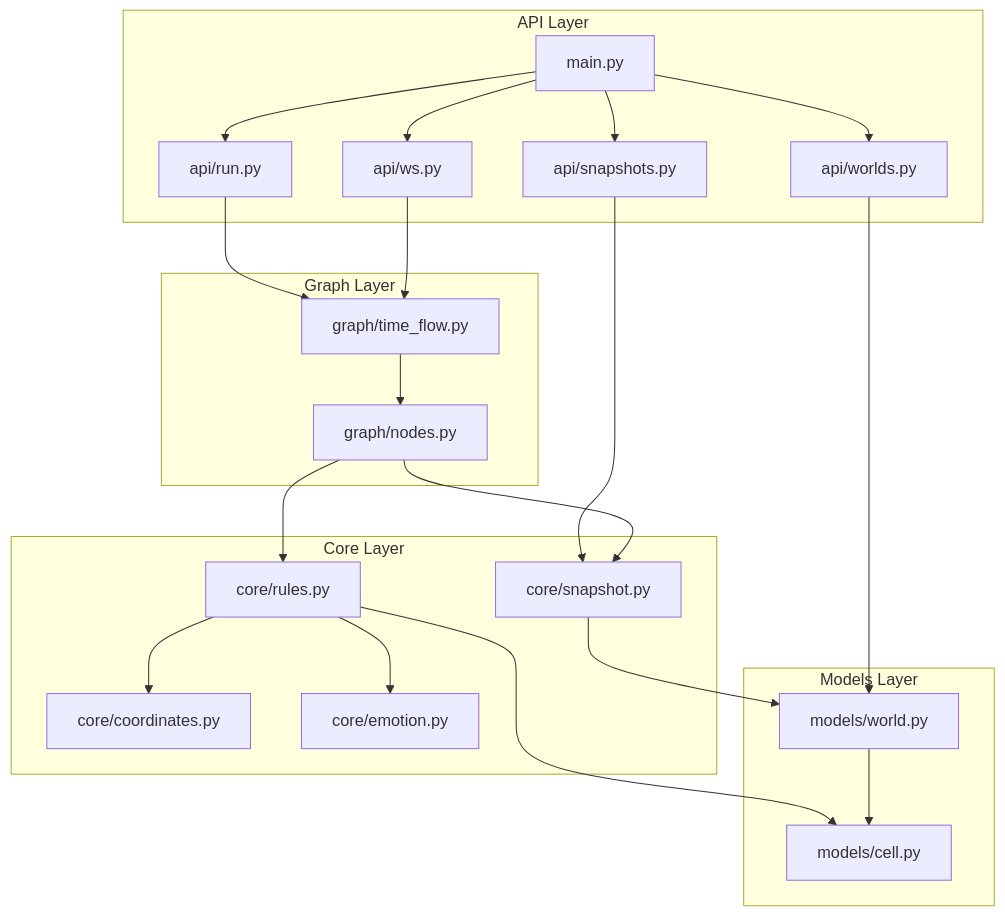
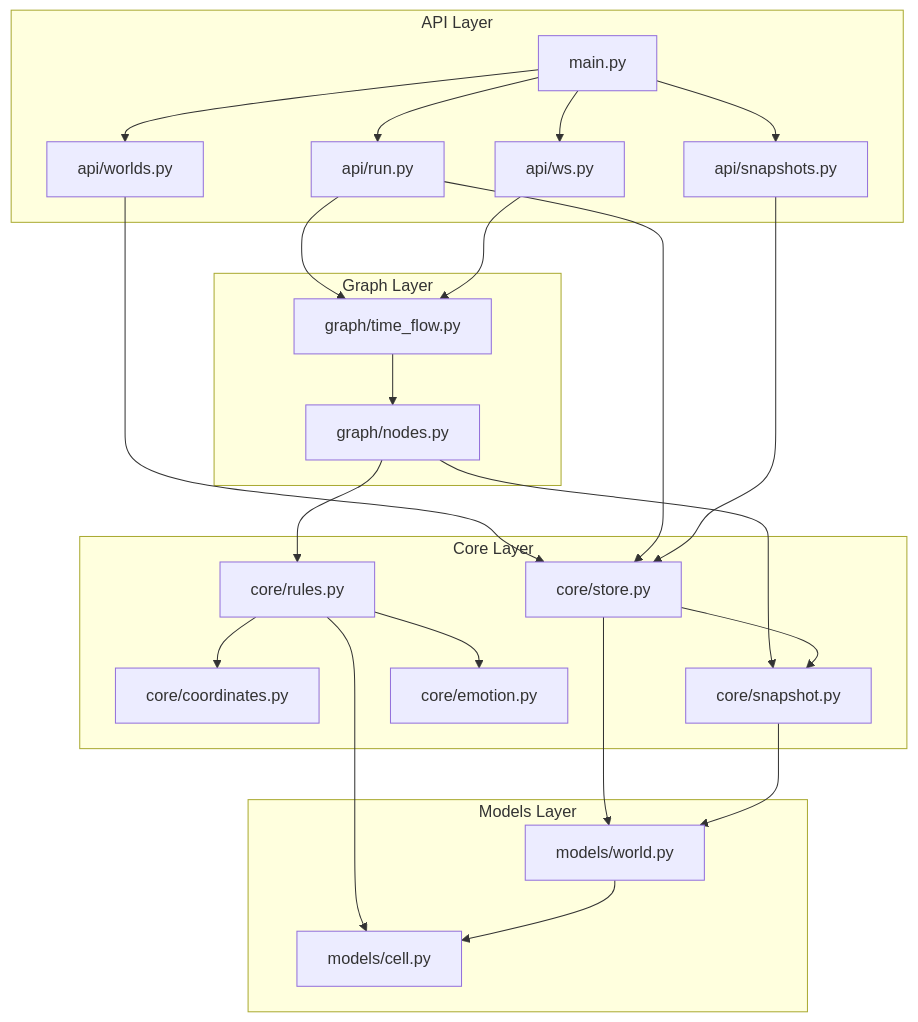
Before and after one commit to j6t22t4gy4-spec/End4D: the first of 3 diagrams in docs/ARCHITECTURE.md, drawn with Mermaid. The commit also changed other lines of this file and 9 other files, not shown here.

````diff
--- a/docs/ARCHITECTURE.md
+++ b/docs/ARCHITECTURE.md
@@ -28,44 +28,48 @@
 ```mermaid
 flowchart TB
     subgraph API["API Layer"]
         main["main.py"]
         worlds["api/worlds.py"]
         run["api/run.py"]
         ws["api/ws.py"]
         snapshots["api/snapshots.py"]
     end
 
     subgraph Graph["Graph Layer"]
         time_flow["graph/time_flow.py"]
         nodes["graph/nodes.py"]
     end
 
     subgraph Core["Core Layer"]
         rules["core/rules.py"]
         coordinates["core/coordinates.py"]
         snapshot["core/snapshot.py"]
+        store["core/store.py"]
         emotion["core/emotion.py"]
     end
 
     subgraph Models["Models Layer"]
         cell["models/cell.py"]
         world["models/world.py"]
     end
 
     main --> worlds
     main --> run
     main --> ws
     main --> snapshots
-    worlds --> world
+    worlds --> store
+    run --> store
     run --> time_flow
     ws --> time_flow
-    snapshots --> snapshot
+    snapshots --> store
     time_flow --> nodes
     nodes --> rules
     nodes --> snapshot
     rules --> cell
     rules --> coordinates
     rules --> emotion
+    store --> world
+    store --> snapshot
     snapshot --> world
     world --> cell
 ```
````
